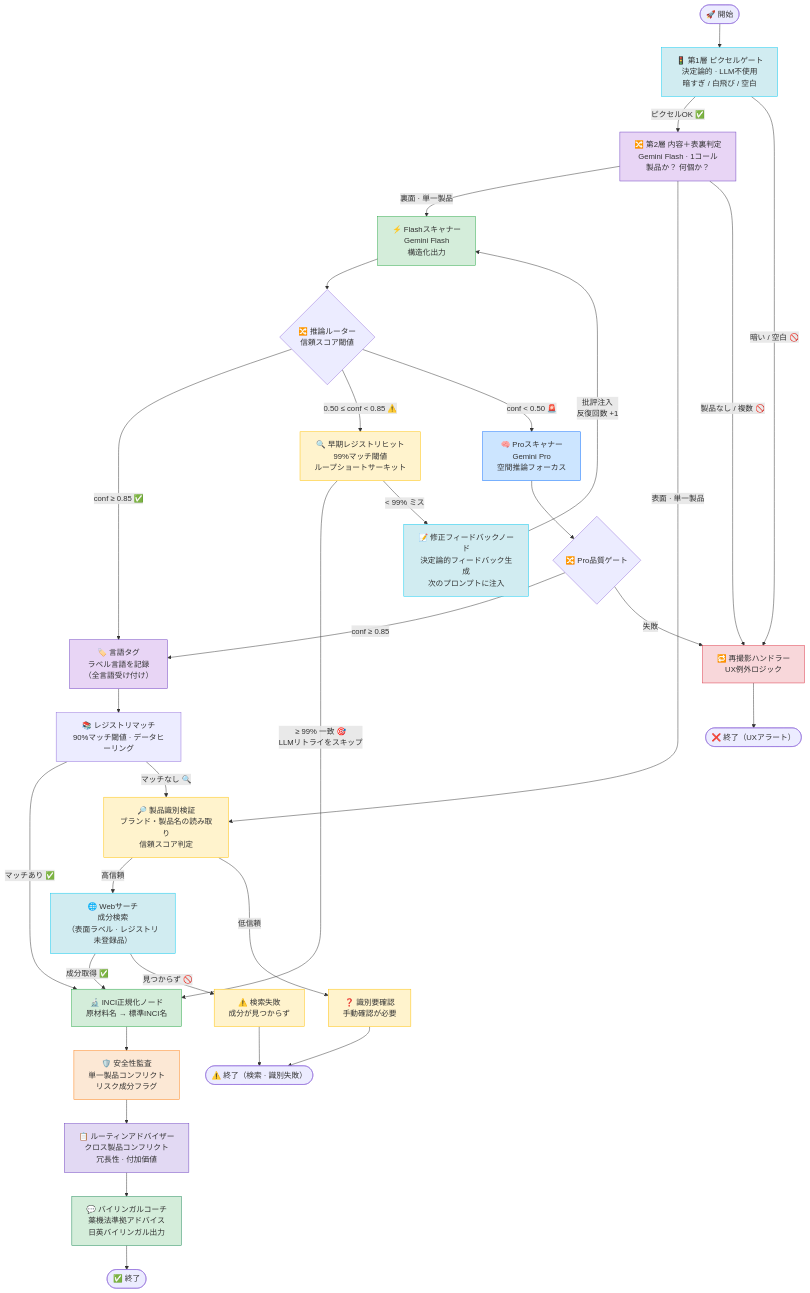
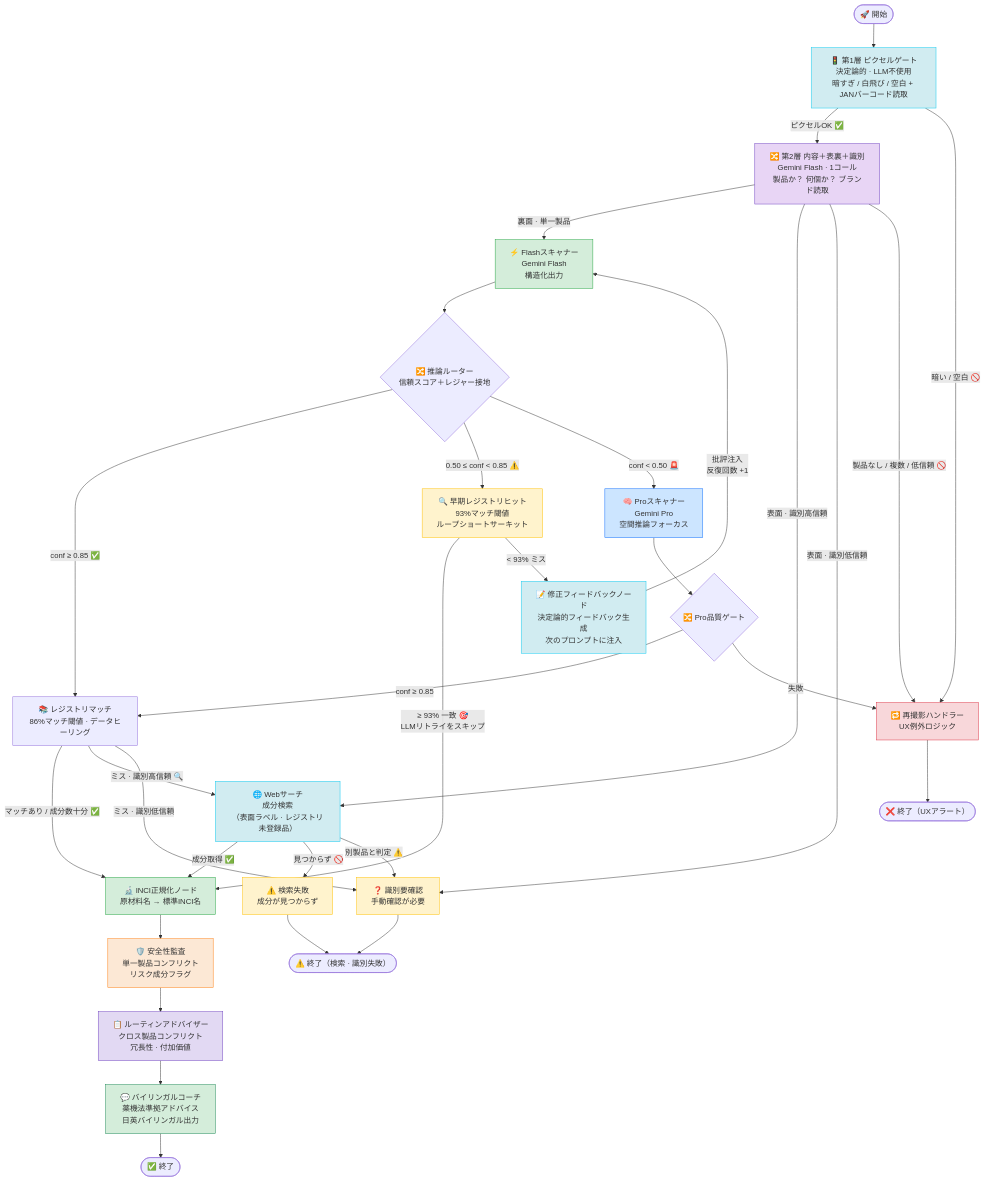
Before and after one commit to dvallslanaquera/skingraph: the second of 6 diagrams in docs/ARCHITECTURE.md, drawn with Mermaid. The commit also changed other lines of this file and 24 other files, not shown here.

````diff
--- a/docs/ARCHITECTURE.md
+++ b/docs/ARCHITECTURE.md
@@ -123,80 +93,76 @@
 ```mermaid
 flowchart TD
     Start(["🚀 開始"])
-    Quality["🚦 第1層 ピクセルゲート<br/>決定論的 · LLM不使用<br/>暗すぎ / 白飛び / 空白"]
-    Classify["🔀 第2層 内容＋表裏判定<br/>Gemini Flash · 1コール<br/>製品か？ 何個か？"]
+    Quality["🚦 第1層 ピクセルゲート<br/>決定論的 · LLM不使用<br/>暗すぎ / 白飛び / 空白 + JANバーコード読取"]
+    Classify["🔀 第2層 内容＋表裏＋識別<br/>Gemini Flash · 1コール<br/>製品か？ 何個か？ ブランド読取"]
     Flash["⚡ Flashスキャナー<br/>Gemini Flash<br/>構造化出力"]
-    Router{"🔀 推論ルーター<br/>信頼スコア閾値"}
-    EarlyCheck["🔍 早期レジストリヒット<br/>99%マッチ閾値<br/>ループショートサーキット"]
+    Router{"🔀 推論ルーター<br/>信頼スコア＋レジャー接地"}
+    EarlyCheck["🔍 早期レジストリヒット<br/>93%マッチ閾値<br/>ループショートサーキット"]
     Correction["📝 修正フィードバックノード<br/>決定論的フィードバック生成<br/>次のプロンプトに注入"]
     Pro["🧠 Proスキャナー<br/>Gemini Pro<br/>空間推論フォーカス"]
-    TagLang["🏷️ 言語タグ<br/>ラベル言語を記録<br/>（全言語受け付け）"]
-    RegLookup["📚 レジストリマッチ<br/>90%マッチ閾値 · データヒーリング"]
-    VerifyId["🔎 製品識別検証<br/>ブランド・製品名の読み取り<br/>信頼スコア判定"]
+    RegLookup["📚 レジストリマッチ<br/>86%マッチ閾値 · データヒーリング"]
     WebSearch["🌐 Webサーチ<br/>成分検索<br/>（表面ラベル · レジストリ未登録品）"]
     ConfirmId["❓ 識別要確認<br/>手動確認が必要"]
     SearchFailed["⚠️ 検索失敗<br/>成分が見つからず"]
     Normalizer["🔬 INCI正規化ノード<br/>原材料名 → 標準INCI名"]
     Auditor["🛡️ 安全性監査<br/>単一製品コンフリクト<br/>リスク成分フラグ"]
     RoutineAdvisor["📋 ルーティンアドバイザー<br/>クロス製品コンフリクト<br/>冗長性 · 付加価値"]
     Coach["💬 バイリンガルコーチ<br/>薬機法準拠アドバイス<br/>日英バイリンガル出力"]
     ProRouter{"🔀 Pro品質ゲート"}
     Retake["🔁 再撮影ハンドラー<br/>UX例外ロジック"]
     EndOK(["✅ 終了"])
     EndRetake(["❌ 終了（UXアラート）"])
     EndSearch(["⚠️ 終了（検索 · 識別失敗）"])
 
     Start --> Quality
     Quality -->|"ピクセルOK ✅"| Classify
     Quality -->|"暗い / 空白 🚫"| Retake
     Classify -->|"裏面 · 単一製品"| Flash
-    Classify -->|"表面 · 単一製品"| VerifyId
-    Classify -->|"製品なし / 複数 🚫"| Retake
+    Classify -->|"表面 · 識別高信頼"| WebSearch
+    Classify -->|"表面 · 識別低信頼"| ConfirmId
+    Classify -->|"製品なし / 複数 / 低信頼 🚫"| Retake
     Flash --> Router
 
-    Router -->|"conf ≥ 0.85 ✅"| TagLang
+    Router -->|"conf ≥ 0.85 ✅"| RegLookup
     Router -->|"0.50 ≤ conf < 0.85 ⚠️"| EarlyCheck
     Router -->|"conf < 0.50 🚨"| Pro
 
-    EarlyCheck -->|"≥ 99% 一致 🎯<br/>LLMリトライをスキップ"| Normalizer
-    EarlyCheck -->|"< 99% ミス"| Correction
+    EarlyCheck -->|"≥ 93% 一致 🎯<br/>LLMリトライをスキップ"| Normalizer
+    EarlyCheck -->|"< 93% ミス"| Correction
     Correction -->|"批評注入<br/>反復回数 +1"| Flash
 
     Pro --> ProRouter
-    ProRouter -->|"conf ≥ 0.85"| TagLang
+    ProRouter -->|"conf ≥ 0.85"| RegLookup
     ProRouter -->|"失敗"| Retake
     Retake --> EndRetake
 
-    TagLang --> RegLookup
-    RegLookup -->|"マッチあり ✅"| Normalizer
-    RegLookup -->|"マッチなし 🔍"| VerifyId
+    RegLookup -->|"マッチあり / 成分数十分 ✅"| Normalizer
+    RegLookup -->|"ミス · 識別高信頼 🔍"| WebSearch
+    RegLookup -->|"ミス · 識別低信頼"| ConfirmId
 
-    VerifyId -->|"高信頼"| WebSearch
-    VerifyId -->|"低信頼"| ConfirmId
     WebSearch -->|"成分取得 ✅"| Normalizer
     WebSearch -->|"見つからず 🚫"| SearchFailed
+    WebSearch -->|"別製品と判定 ⚠️"| ConfirmId
     ConfirmId --> EndSearch
     SearchFailed --> EndSearch
 
     Normalizer --> Auditor
     Auditor --> RoutineAdvisor
     RoutineAdvisor --> Coach
     Coach --> EndOK
 
     style Quality fill:#d1ecf1,stroke:#0dcaf0
     style Classify fill:#e8d5f5,stroke:#6f42c1
     style EarlyCheck fill:#fff3cd,stroke:#ffc107
     style Correction fill:#d1ecf1,stroke:#0dcaf0
     style Retake fill:#f8d7da,stroke:#dc3545
     style Flash fill:#d4edda,stroke:#28a745
     style Pro fill:#cce5ff,stroke:#0d6efd
-    style TagLang fill:#e8d5f5,stroke:#6f42c1
     style Normalizer fill:#d4edda,stroke:#28a745
     style Auditor fill:#fce8d5,stroke:#fd7e14
     style RoutineAdvisor fill:#e2d9f3,stroke:#6f42c1
     style Coach fill:#d4edda,stroke:#198754
-    style VerifyId fill:#fff3cd,stroke:#ffc107
     style WebSearch fill:#d1ecf1,stroke:#0dcaf0
     style ConfirmId fill:#fff3cd,stroke:#ffc107
     style SearchFailed fill:#fff3cd,stroke:#ffc107
 ```
````
